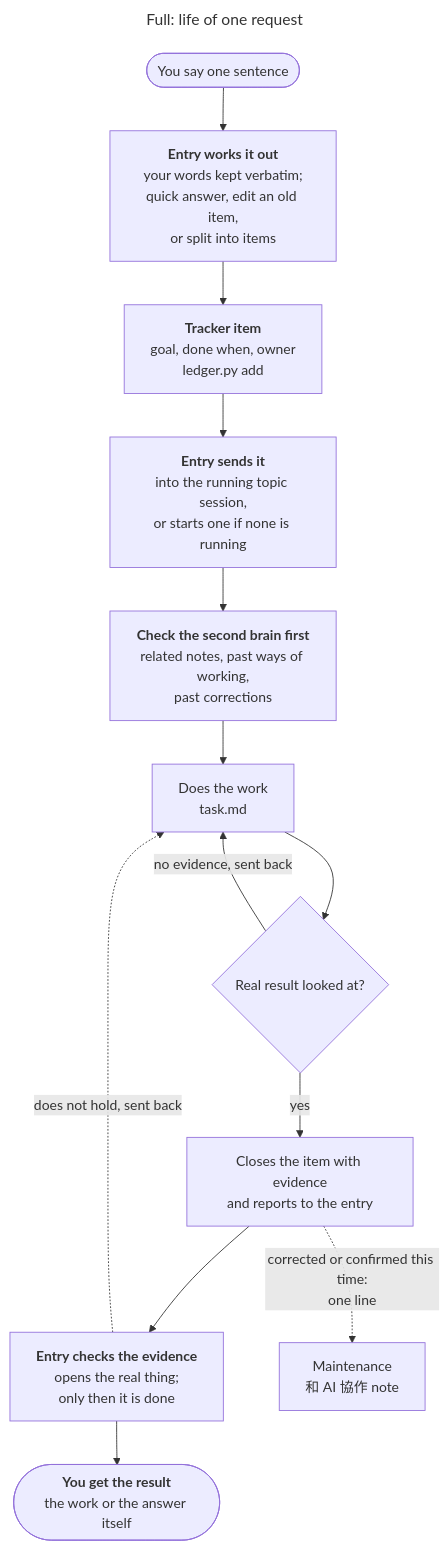
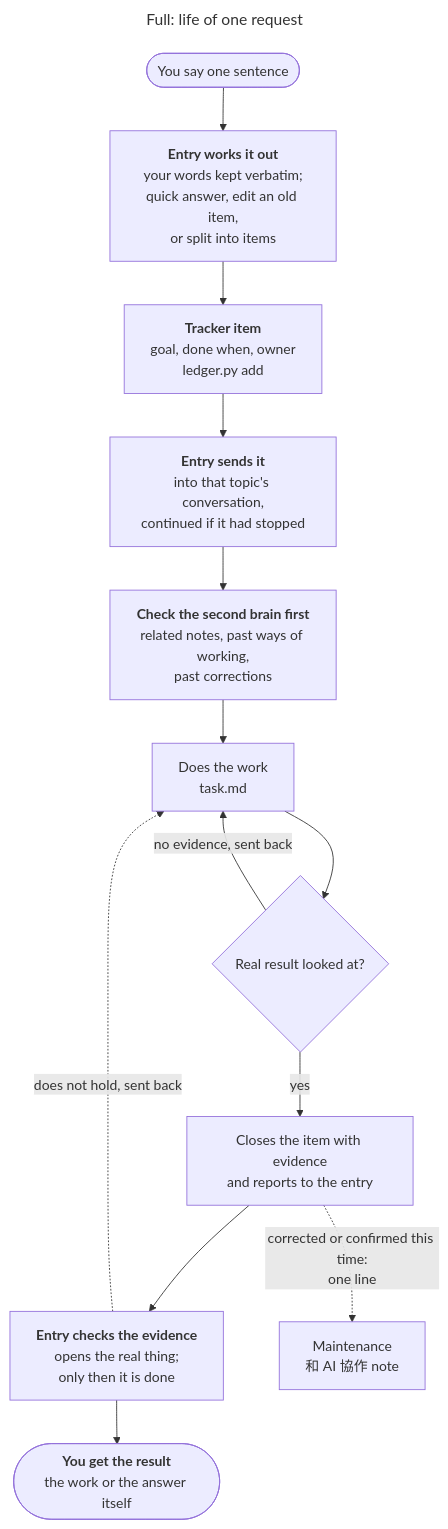
One commit to 0Smallcat0/second-brain-kit changed the second of 6 diagrams in docs/ADVANCED.md. Above: the diagram before and after it, drawn with Mermaid. The commit also changed other lines of this file and 47 other files, not shown here.

````diff
--- a/docs/ADVANCED.md
+++ b/docs/ADVANCED.md
@@ -128,18 +128,18 @@
 ```mermaid
 ---
 title: "Full: life of one request"
 ---
 flowchart TD
   A(["You say one sentence"]) --> P["<b>Entry works it out</b><br/>your words kept verbatim;<br/>quick answer, edit an old item,<br/>or split into items"]
   P --> B["<b>Tracker item</b><br/>goal, done when, owner<br/>ledger.py add"]
-  B --> C["<b>Entry sends it</b><br/>into the running topic session,<br/>or starts one if none is running"]
+  B --> C["<b>Entry sends it</b><br/>into that topic's conversation,<br/>continued if it had stopped"]
   C --> N["<b>Check the second brain first</b><br/>related notes, past ways of working,<br/>past corrections"]
   N --> W["Does the work<br/>task.md"]
   W --> E{"Real result looked at?"}
   E -->|no evidence, sent back| W
   E -->|yes| F["Closes the item with evidence<br/>and reports to the entry"]
   F --> S["<b>Entry checks the evidence</b><br/>opens the real thing;<br/>only then it is done"]
   S -.->|does not hold, sent back| W
   S --> G(["<b>You get the result</b><br/>the work or the answer itself"])
   F -.->|"corrected or confirmed this time:<br/>one line"| M["Maintenance<br/>和 AI 協作 note"]
 ```
````
